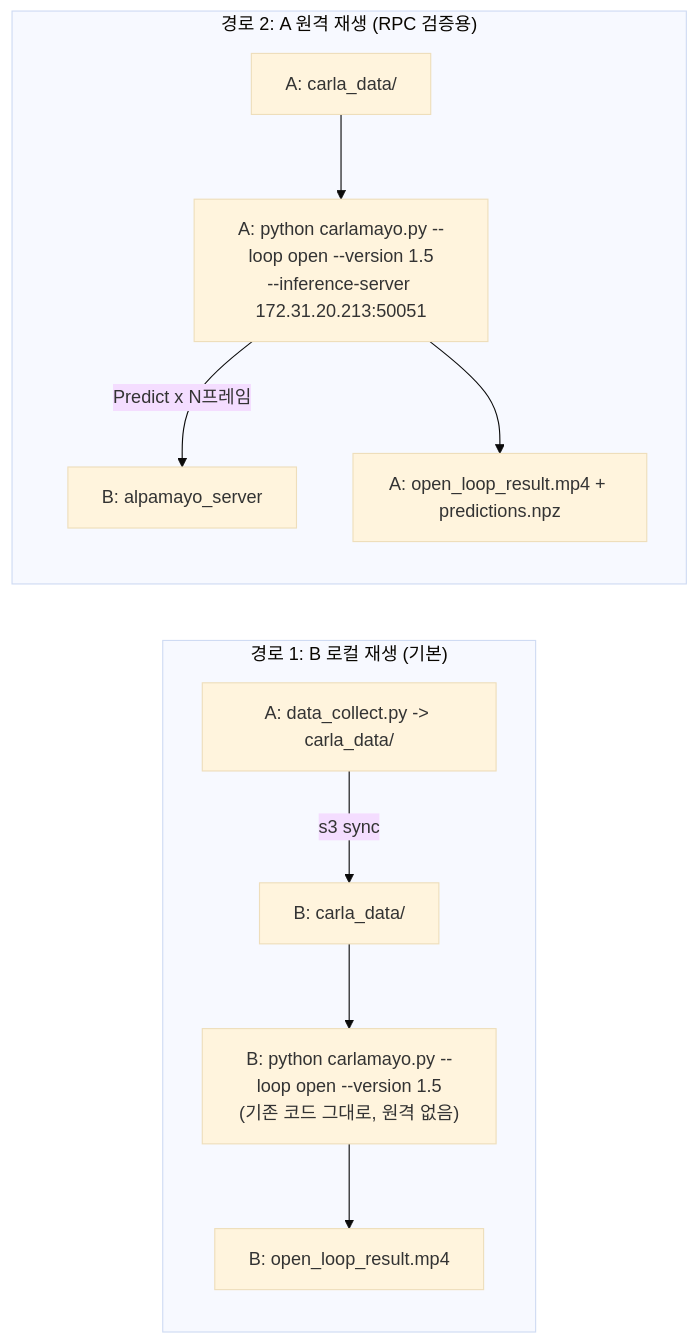
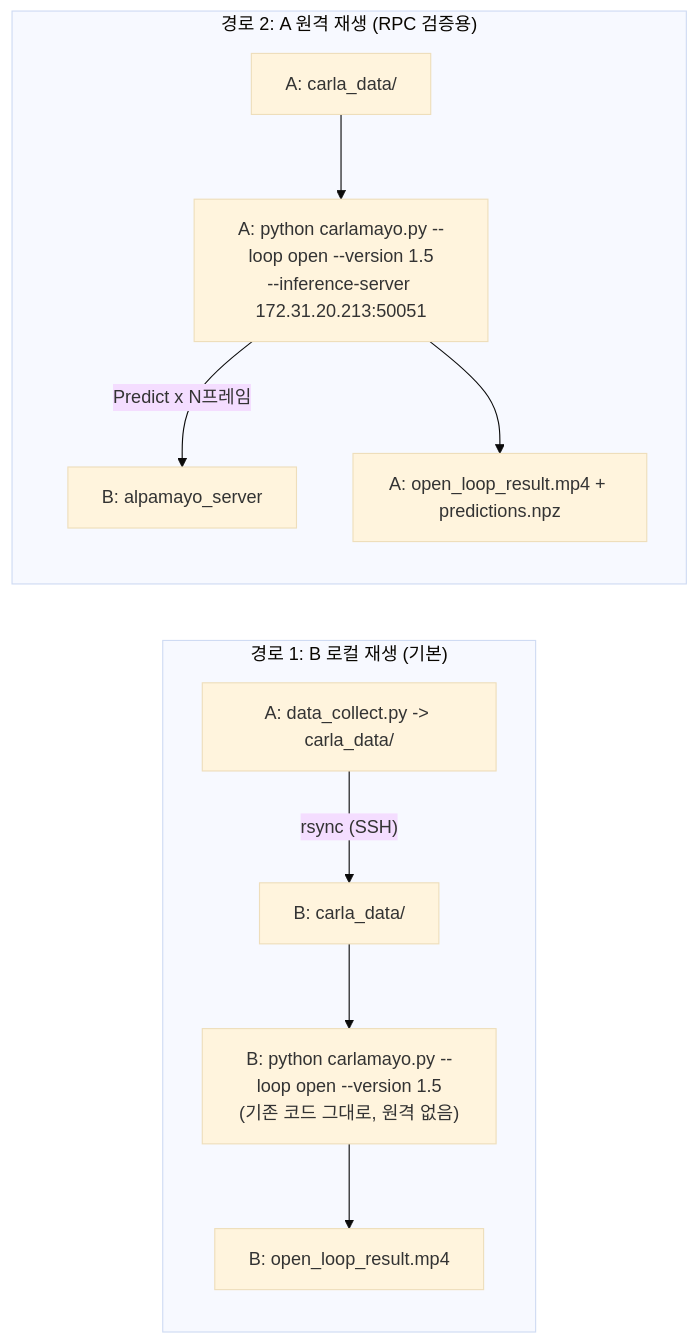
The fourth of 4 diagrams in docs/distributed-architecture.md (JwonMoon/carlamayo-my-distributed), drawn with Mermaid (base theme) before and after one commit. The commit also changed other lines of this file and 8 other files, not shown here.

First line of the commit message:
Explain diagrams, clarify where carlamayo.py runs, replace S3 with rsync/scp

````diff
--- a/docs/distributed-architecture.md
+++ b/docs/distributed-architecture.md
@@ -201,13 +200,13 @@
 ```mermaid
 flowchart LR
     subgraph P1["경로 1: B 로컬 재생 (기본)"]
-        D1["A: data_collect.py -> carla_data/"] -- "s3 sync" --> D2["B: carla_data/"]
+        D1["A: data_collect.py -> carla_data/"] -- "rsync (SSH)" --> D2["B: carla_data/"]
         D2 --> R1["B: python carlamayo.py --loop open --version 1.5<br/>(기존 코드 그대로, 원격 없음)"]
         R1 --> V1["B: open_loop_result.mp4"]
     end
     subgraph P2["경로 2: A 원격 재생 (RPC 검증용)"]
         D3["A: carla_data/"] --> R2["A: python carlamayo.py --loop open --version 1.5<br/>--inference-server 172.31.20.213:50051"]
         R2 -- "Predict x N프레임" --> S["B: alpamayo_server"]
         R2 --> V2["A: open_loop_result.mp4 + predictions.npz"]
     end
 ```
````
